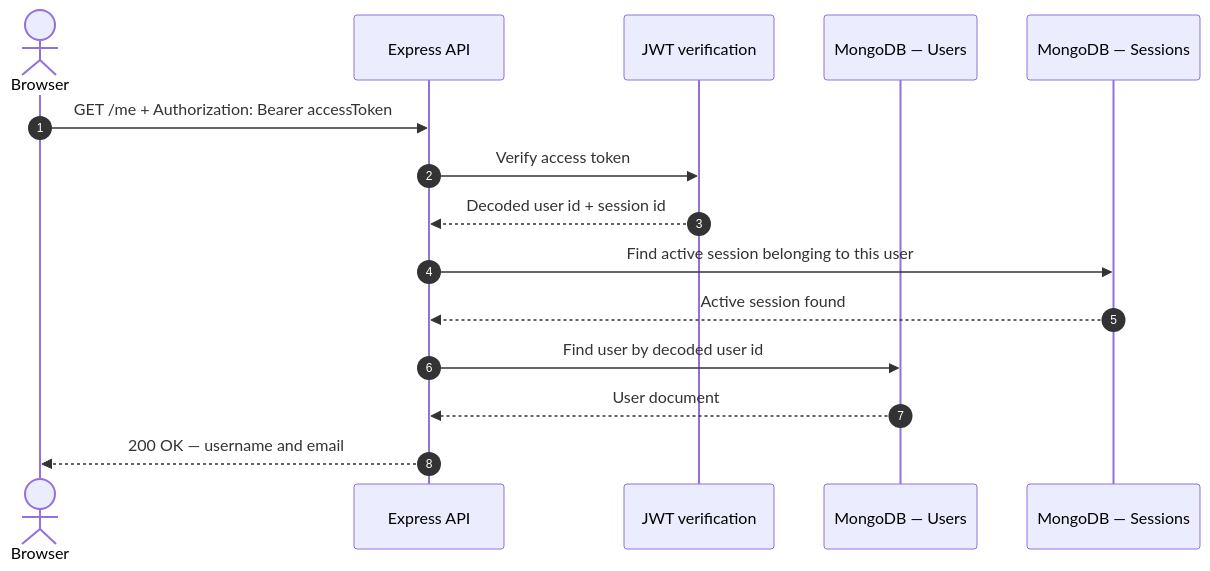
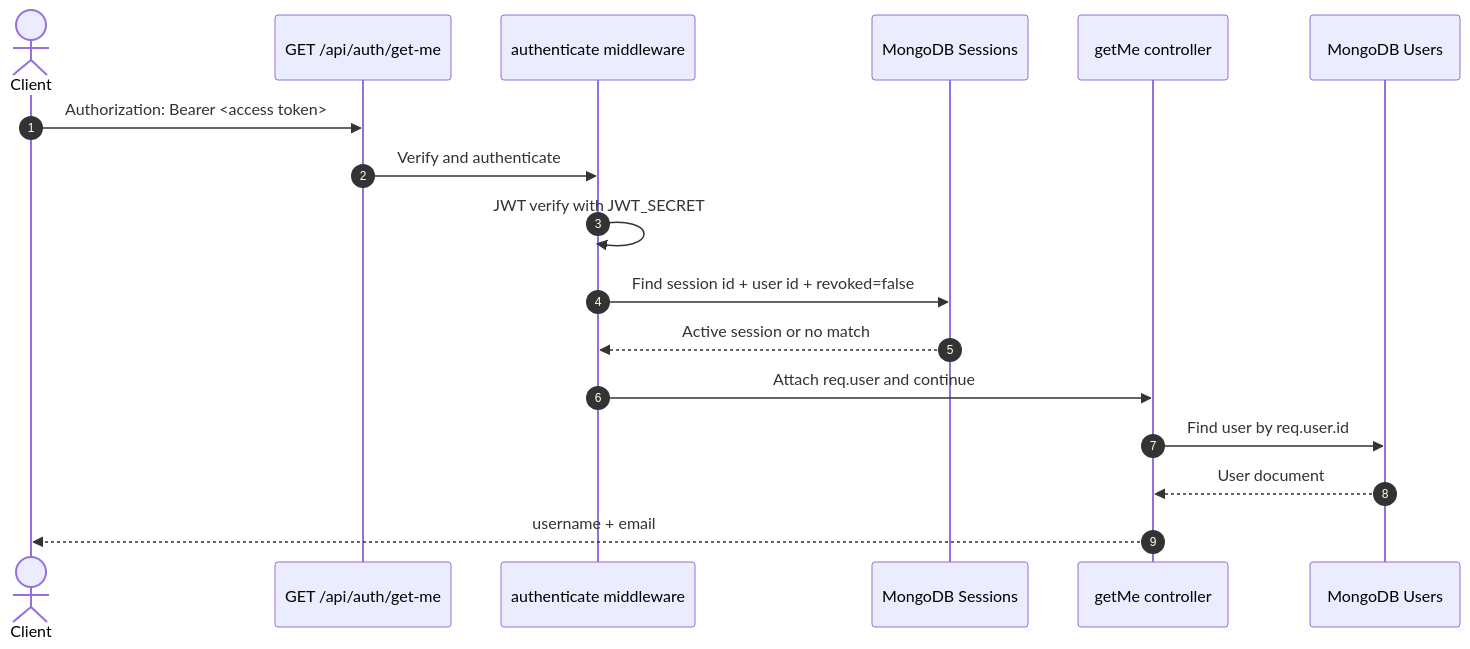
The fifth of 7 diagrams in README.md (samroz-burhan/authentication-system-backend), drawn with Mermaid before and after one commit. The commit also changed other lines of this file, not shown here.

````diff
--- a/README.md
+++ b/README.md
@@ -79,18 +274,20 @@
 ```mermaid
 sequenceDiagram
     autonumber
-    actor Browser
-    participant API as Express API
-    participant JWT as JWT verification
-    participant UserDB as MongoDB — Users
-    participant SessionDB as MongoDB — Sessions
+    actor Client
+    participant Router as GET /api/auth/get-me
+    participant Guard as authenticate middleware
+    participant Sessions as MongoDB Sessions
+    participant Controller as getMe controller
+    participant Users as MongoDB Users
 
-    Browser->>API: GET /me + Authorization: Bearer accessToken
-    API->>JWT: Verify access token
-    JWT-->>API: Decoded user id + session id
-    API->>SessionDB: Find active session belonging to this user
-    SessionDB-->>API: Active session found
-    API->>UserDB: Find user by decoded user id
-    UserDB-->>API: User document
-    API-->>Browser: 200 OK — username and email
+    Client->>Router: Authorization: Bearer <access token>
+    Router->>Guard: Verify and authenticate
+    Guard->>Guard: JWT verify with JWT_SECRET
+    Guard->>Sessions: Find session id + user id + revoked=false
+    Sessions-->>Guard: Active session or no match
+    Guard->>Controller: Attach req.user and continue
+    Controller->>Users: Find user by req.user.id
+    Users-->>Controller: User document
+    Controller-->>Client: username + email
 ```
````
